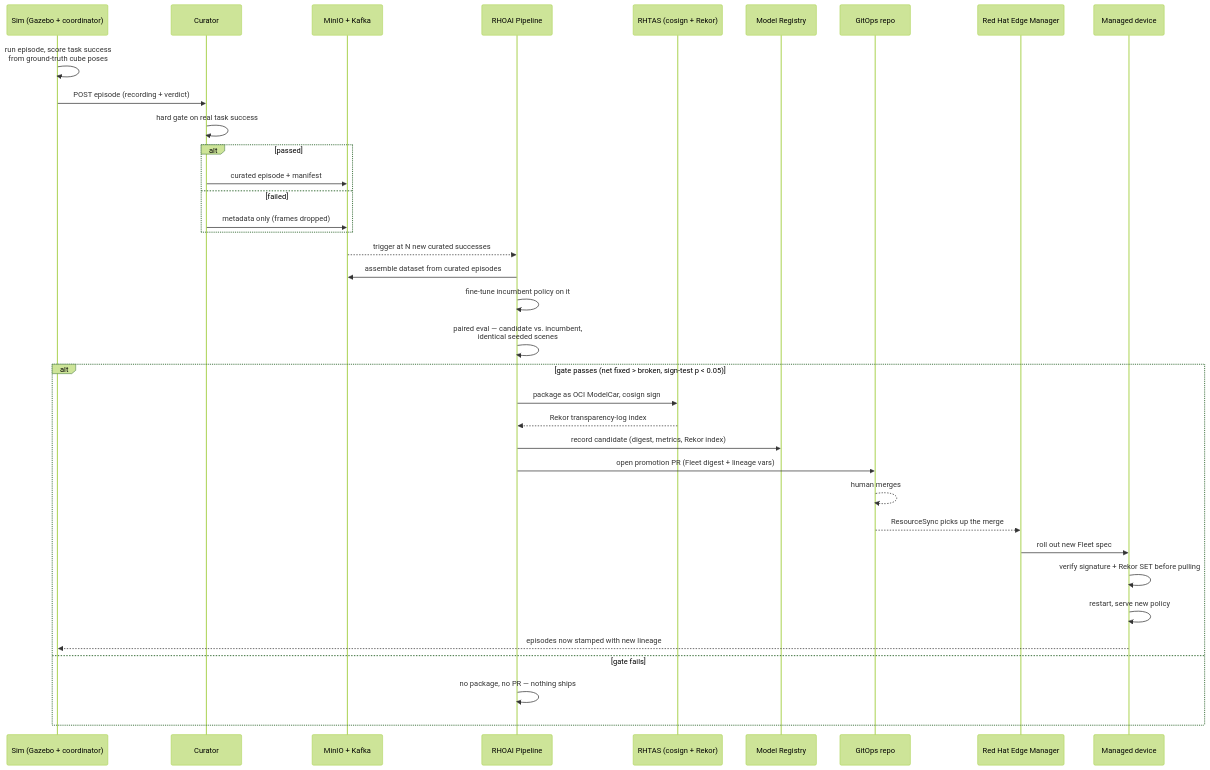
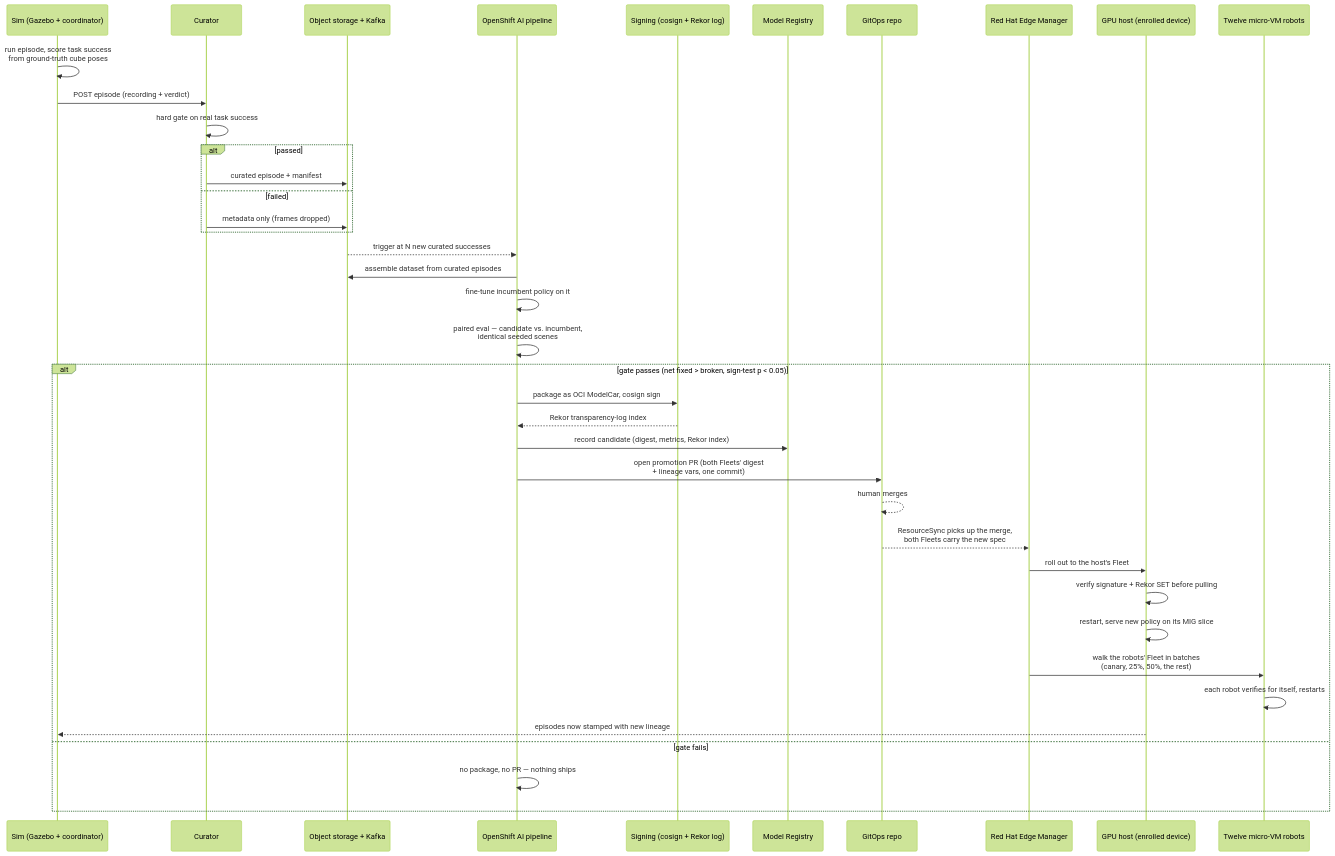
The first of 2 diagrams in docs/DATA-FLOW.md (RHPhysicalAI/hp-roscon-flywheel), drawn with Mermaid (forest theme) before and after one commit. The commit also changed other lines of this file and 26 other files, not shown here.

````diff
--- a/docs/DATA-FLOW.md
+++ b/docs/DATA-FLOW.md
@@ -7,39 +12,42 @@
 ```mermaid
 sequenceDiagram
     participant Sim as Sim (Gazebo + coordinator)
     participant Cur as Curator
-    participant Hub as MinIO + Kafka
-    participant Pipe as RHOAI Pipeline
-    participant Sign as RHTAS (cosign + Rekor)
+    participant Hub as Object storage + Kafka
+    participant Pipe as OpenShift AI pipeline
+    participant Sign as Signing (cosign + Rekor log)
     participant Reg as Model Registry
     participant Git as GitOps repo
     participant RHEM as Red Hat Edge Manager
-    participant Dev as Managed device
+    participant Host as GPU host (enrolled device)
+    participant Bots as Twelve micro-VM robots
 
     Sim->>Sim: run episode, score task success<br/>from ground-truth cube poses
     Sim->>Cur: POST episode (recording + verdict)
     Cur->>Cur: hard gate on real task success
     alt passed
         Cur->>Hub: curated episode + manifest
     else failed
         Cur->>Hub: metadata only (frames dropped)
     end
     Hub-->>Pipe: trigger at N new curated successes
     Pipe->>Hub: assemble dataset from curated episodes
     Pipe->>Pipe: fine-tune incumbent policy on it
     Pipe->>Pipe: paired eval — candidate vs. incumbent,<br/>identical seeded scenes
     alt gate passes (net fixed > broken, sign-test p < 0.05)
         Pipe->>Sign: package as OCI ModelCar, cosign sign
         Sign-->>Pipe: Rekor transparency-log index
         Pipe->>Reg: record candidate (digest, metrics, Rekor index)
-        Pipe->>Git: open promotion PR (Fleet digest + lineage vars)
+        Pipe->>Git: open promotion PR (both Fleets' digest<br/>+ lineage vars, one commit)
         Git-->>Git: human merges
-        Git-->>RHEM: ResourceSync picks up the merge
-        RHEM->>Dev: roll out new Fleet spec
-        Dev->>Dev: verify signature + Rekor SET before pulling
-        Dev->>Dev: restart, serve new policy
-        Dev-->>Sim: episodes now stamped with new lineage
+        Git-->>RHEM: ResourceSync picks up the merge,<br/>both Fleets carry the new spec
+        RHEM->>Host: roll out to the host's Fleet
+        Host->>Host: verify signature + Rekor SET before pulling
+        Host->>Host: restart, serve new policy on its MIG slice
+        RHEM->>Bots: walk the robots' Fleet in batches<br/>(canary, 25%, 50%, the rest)
+        Bots->>Bots: each robot verifies for itself, restarts
+        Host-->>Sim: episodes now stamped with new lineage
     else gate fails
         Pipe->>Pipe: no package, no PR — nothing ships
     end
 ```
````
